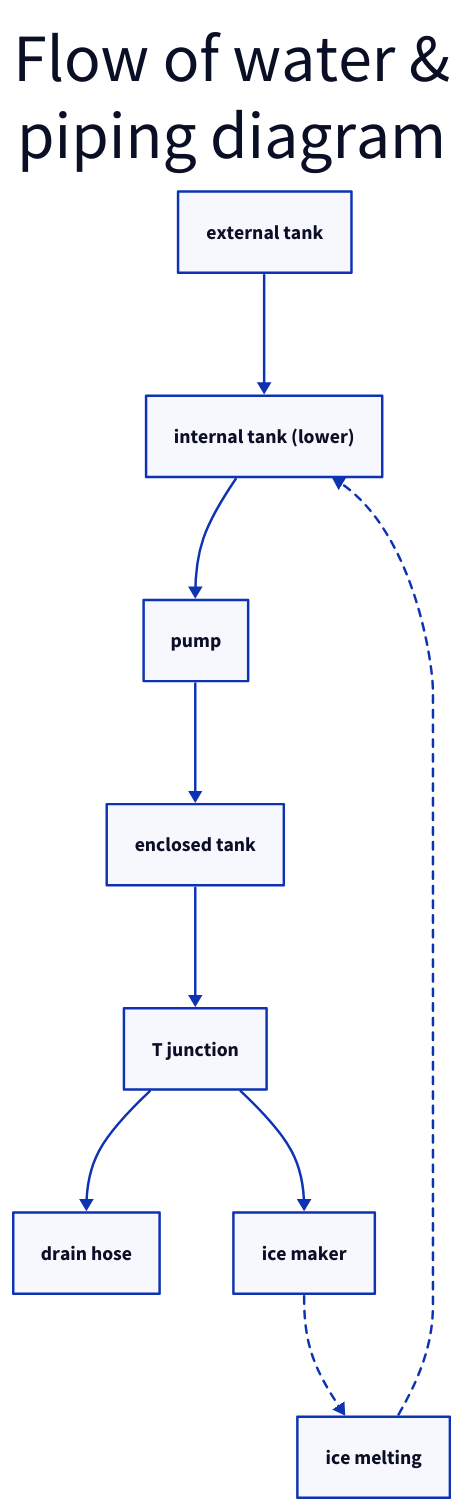
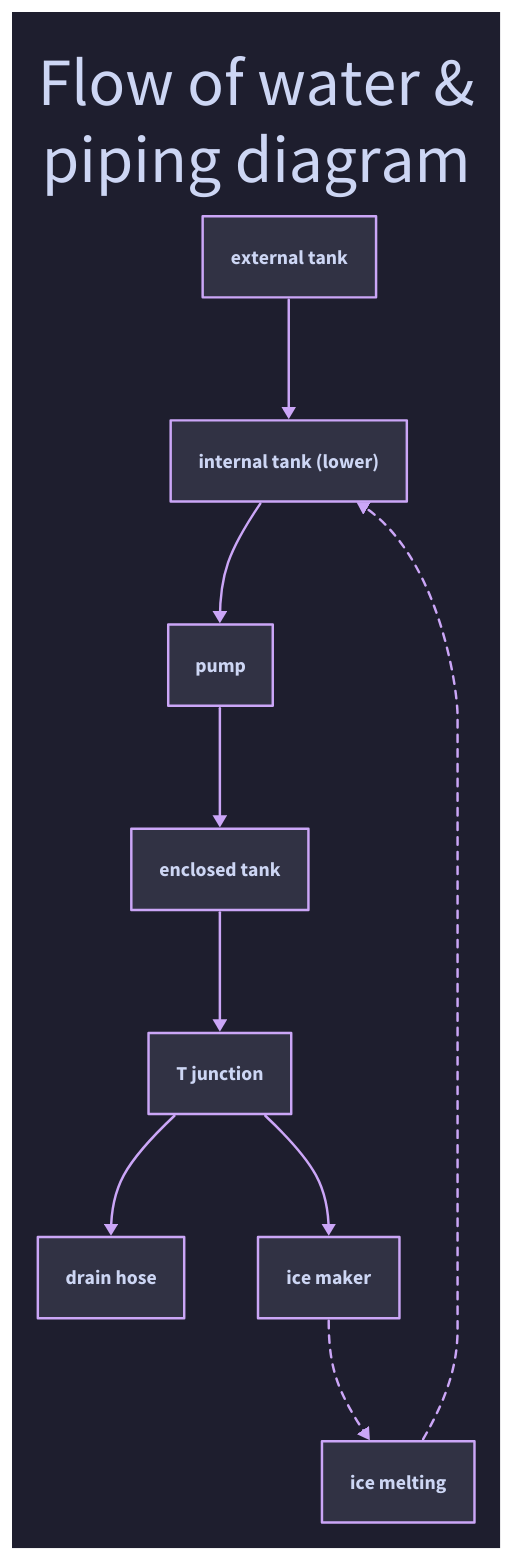
One commit to SomeAspy/GE-Opal-2-fixes changed the diagram in pipes.d2. Above: the diagram before and after it, drawn with D2. The commit also changed 1 other file, not shown here.

Commit message:
add theme to d2

```diff
--- a/pipes.d2
+++ b/pipes.d2
@@ -1,19 +1,24 @@
+vars: {
+  d2-config: {
+    theme-id: 200
+  }
+}
 title: Flow of water &\npiping diagram {
   shape: text
   near: top-center
   style: {
     font-size: 55
   }
 }
 external tank -> internal tank (lower)
 internal tank (lower) -> pump
 pump -> enclosed tank
 enclosed tank -> T junction
 T junction -> drain hose
 T junction -> ice maker
 
 ice maker -> ice melting -> internal tank (lower) {
   style: {
     stroke-dash: 3
   }
 }
```
